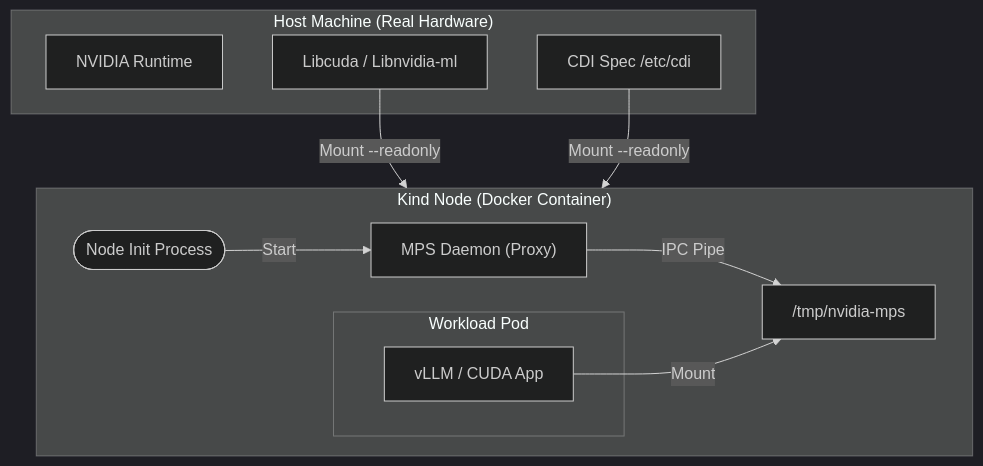
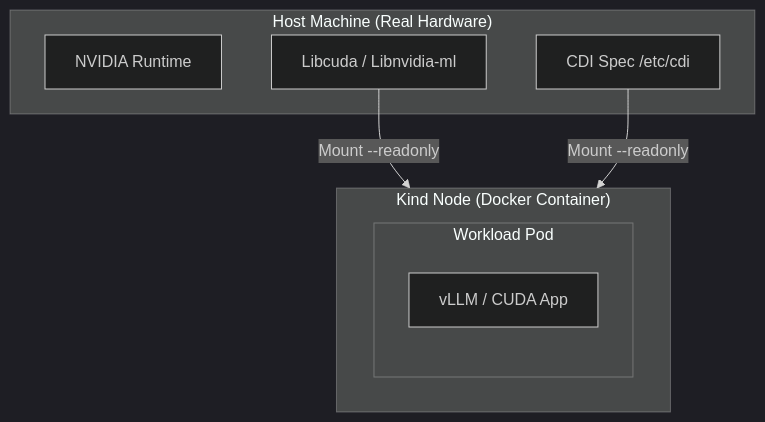
Before and after one commit to Shiritai/k8s-dra-workshop: the diagram in docs/phase1/01-kind-setup.md, drawn with Mermaid (dark theme). The commit also changed other lines of this file and 10 other files, not shown here.

````diff
--- a/docs/phase1/01-kind-setup.md
+++ b/docs/phase1/01-kind-setup.md
@@ -17,25 +11,17 @@
 ```mermaid
 flowchart TD
     subgraph Host ["Host Machine (Real Hardware)"]
         RT[NVIDIA Runtime]
         LIB[Libcuda / Libnvidia-ml]
         CDI[CDI Spec /etc/cdi]
     end
 
     subgraph KindNode ["Kind Node (Docker Container)"]
-        Init([Node Init Process])
-        Daemon["MPS Daemon (Proxy)"]
-        Socket["/tmp/nvidia-mps"]
-        
         subgraph Pod ["Workload Pod"]
             App[vLLM / CUDA App]
         end
     end
 
     LIB -->|Mount --readonly| KindNode
     CDI -->|Mount --readonly| KindNode
-    
-    Init -->|Start| Daemon
-    Daemon -->|IPC Pipe| Socket
-    App -->|Mount| Socket
 ```
````
